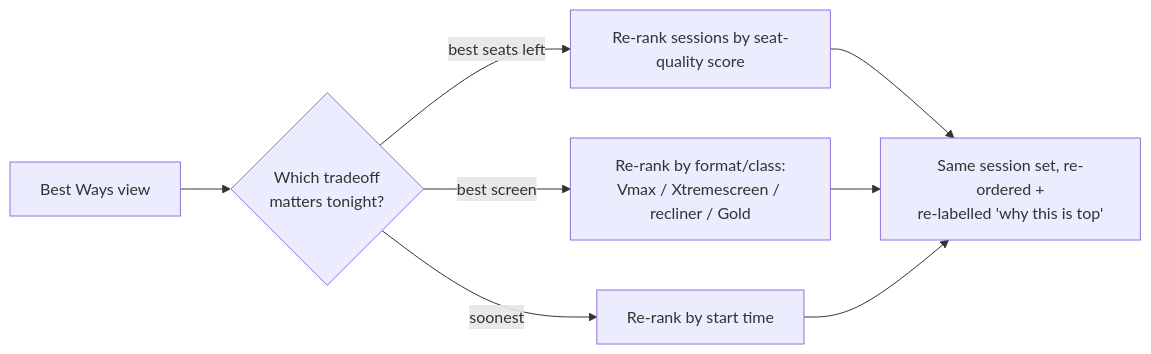
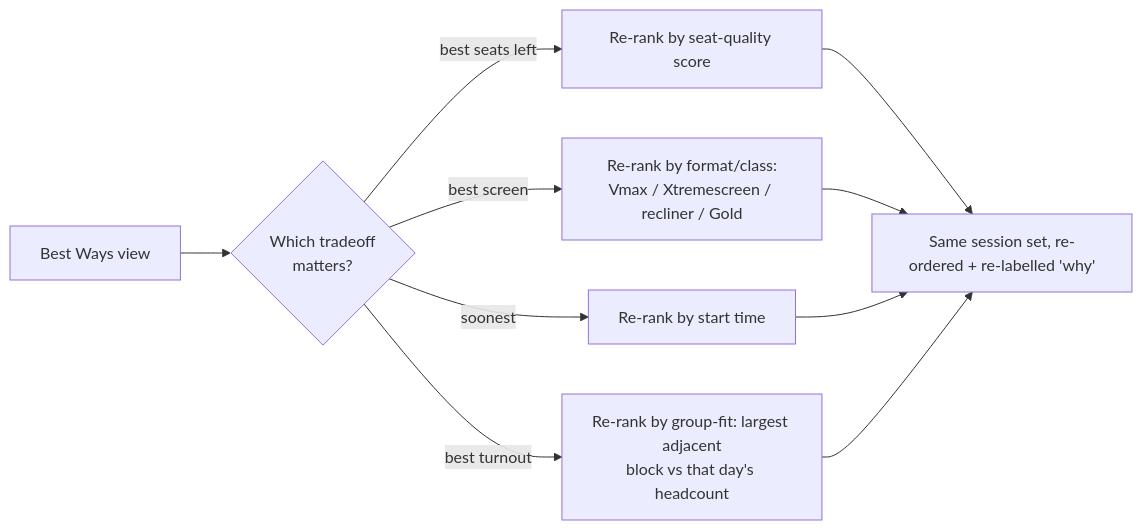
Before and after one commit to miloli-git/auscinema-seatfinder: the third of 5 diagrams in design/journey/03-flows-and-concepts.md, drawn with Mermaid. The commit also changed other lines of this file and 4 other files, not shown here.

First line of the commit message:
docs(design): propagate organiser persona through journey, flows, wireframes

````diff
--- a/design/journey/03-flows-and-concepts.md
+++ b/design/journey/03-flows-and-concepts.md
@@ -43,10 +53,12 @@
 ```mermaid
 flowchart LR
-  A["Best Ways view"] --> B{"Which tradeoff<br/>matters tonight?"}
-  B -->|best seats left| C["Re-rank sessions by seat-quality score"]
+  A["Best Ways view"] --> B{"Which tradeoff<br/>matters?"}
+  B -->|best seats left| C["Re-rank by seat-quality score"]
   B -->|best screen| D["Re-rank by format/class:<br/>Vmax / Xtremescreen / recliner / Gold"]
   B -->|soonest| E["Re-rank by start time"]
-  C --> F["Same session set, re-ordered +<br/>re-labelled 'why this is top'"]
+  B -->|best turnout| T["Re-rank by group-fit: largest adjacent<br/>block vs that day's headcount"]
+  C --> F["Same session set, re-ordered + re-labelled 'why'"]
   D --> F
   E --> F
+  T --> F
 ```
````
